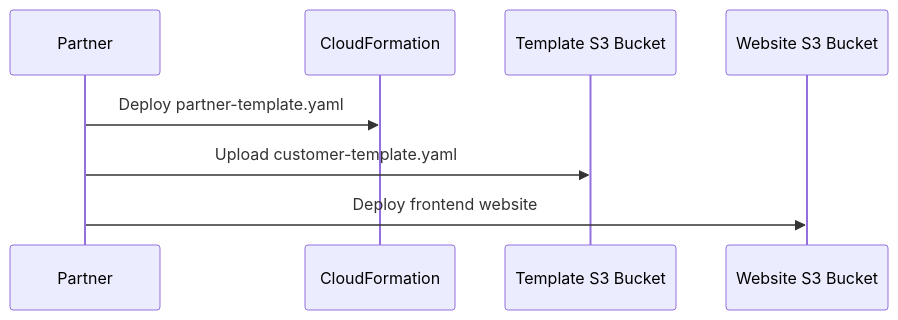
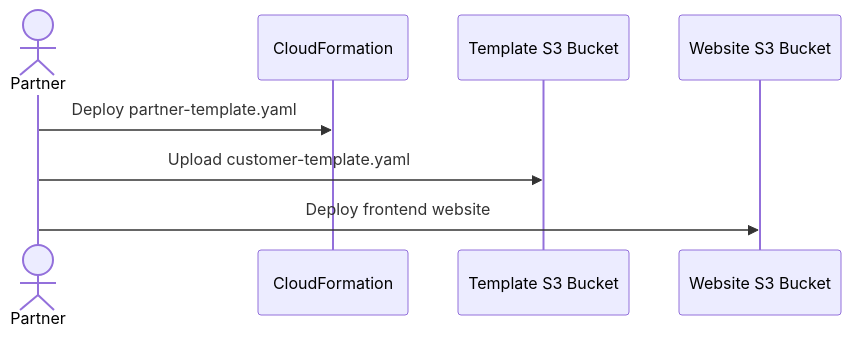
One commit to aws-samples/cyber-insurance-examples changed the first of 3 diagrams in README.md. Above: the diagram before and after it, drawn with Mermaid. The commit also changed other lines of this file, not shown here.

````diff
--- a/README.md
+++ b/README.md
@@ -46,6 +46,7 @@
 ```mermaid
 sequenceDiagram
+actor Partner
 Partner ->> CloudFormation: Deploy partner-template.yaml
 Partner ->> Template S3 Bucket: Upload customer-template.yaml
 Partner ->> Website S3 Bucket: Deploy frontend website
 ```
````
